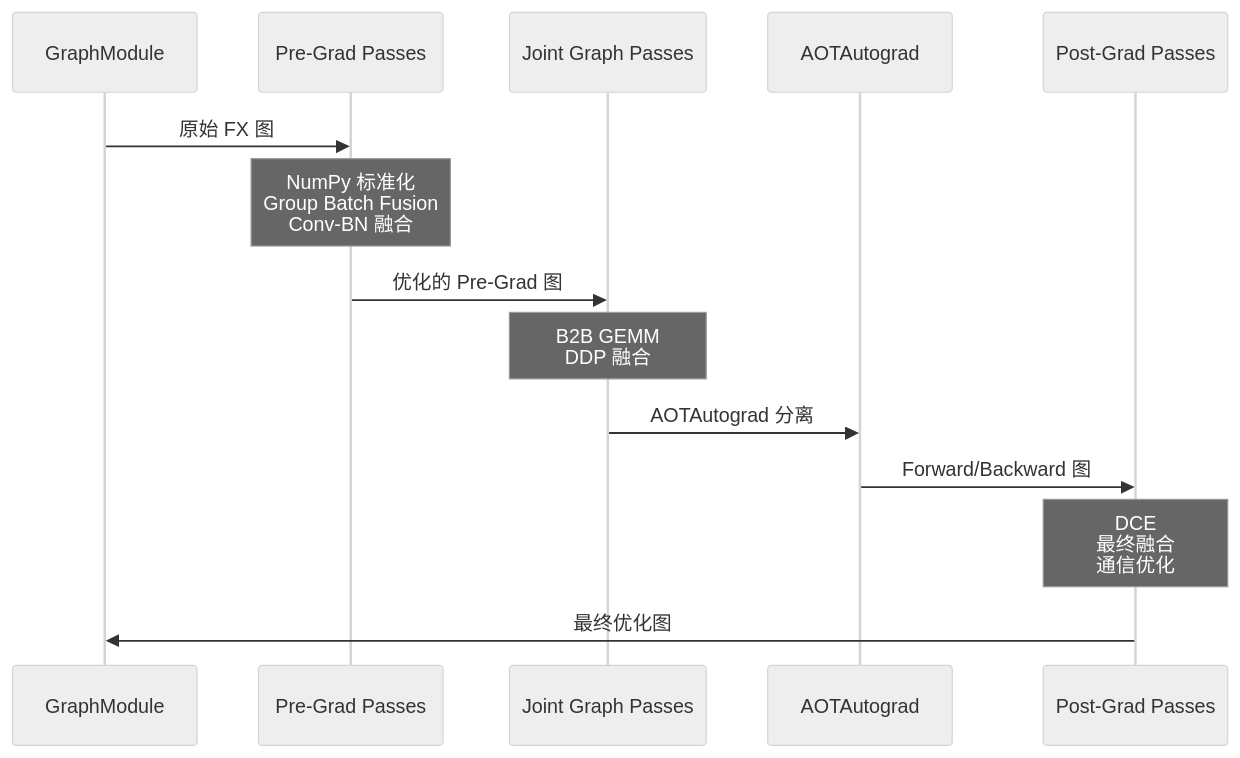
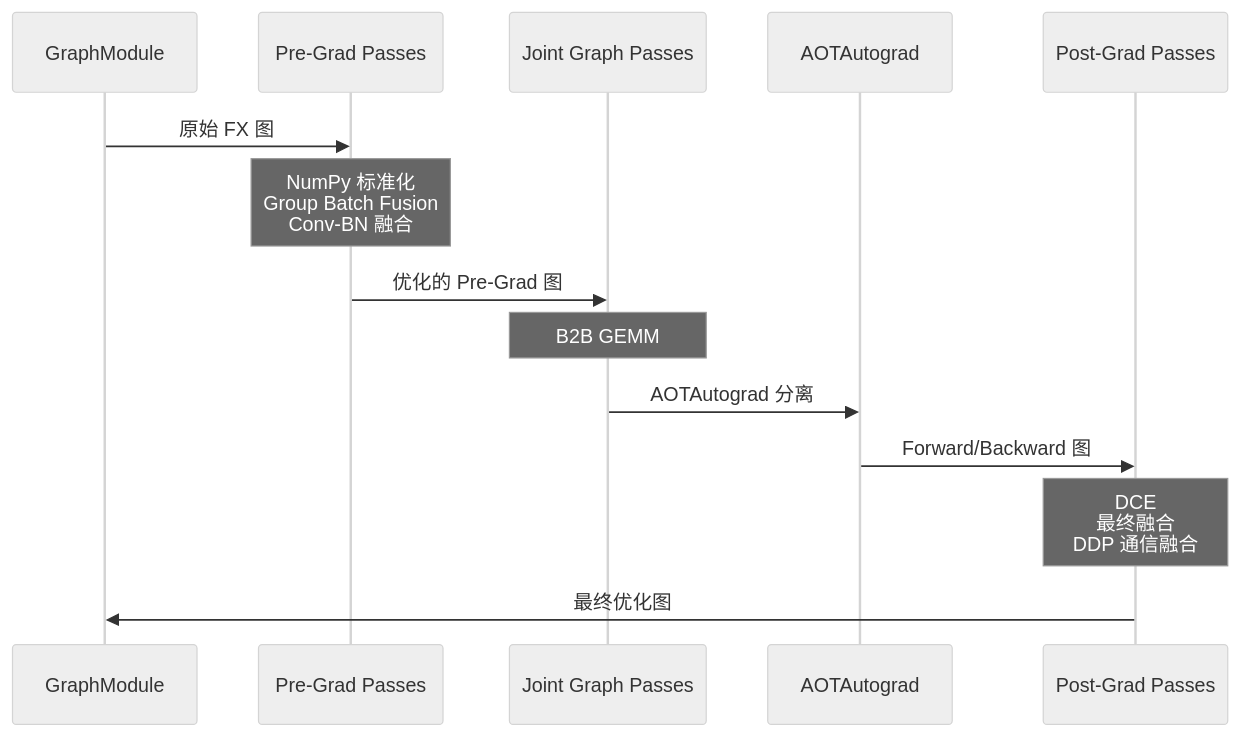
Before and after one commit to yujiongzhang/pytorch-source-analysis: the fourth of 4 diagrams in _inductor/04-fx-passes.md, drawn with Mermaid (neutral theme). The commit also changed other lines of this file and 6 other files, not shown here.

````diff
--- a/_inductor/04-fx-passes.md
+++ b/_inductor/04-fx-passes.md
@@ -695,17 +695,17 @@
 ```mermaid
 sequenceDiagram
     participant GM as GraphModule
     participant PG as Pre-Grad Passes
     participant JG as Joint Graph Passes
     participant AG as AOTAutograd
     participant PoG as Post-Grad Passes
     
     GM->>PG: 原始 FX 图
     Note over PG: NumPy 标准化<br/>Group Batch Fusion<br/>Conv-BN 融合
     PG->>JG: 优化的 Pre-Grad 图
-    Note over JG: B2B GEMM<br/>DDP 融合
+    Note over JG: B2B GEMM
     JG->>AG: AOTAutograd 分离
     AG->>PoG: Forward/Backward 图
-    Note over PoG: DCE<br/>最终融合<br/>通信优化
+    Note over PoG: DCE<br/>最终融合<br/>DDP 通信融合
     PoG->>GM: 最终优化图
 ```
````
